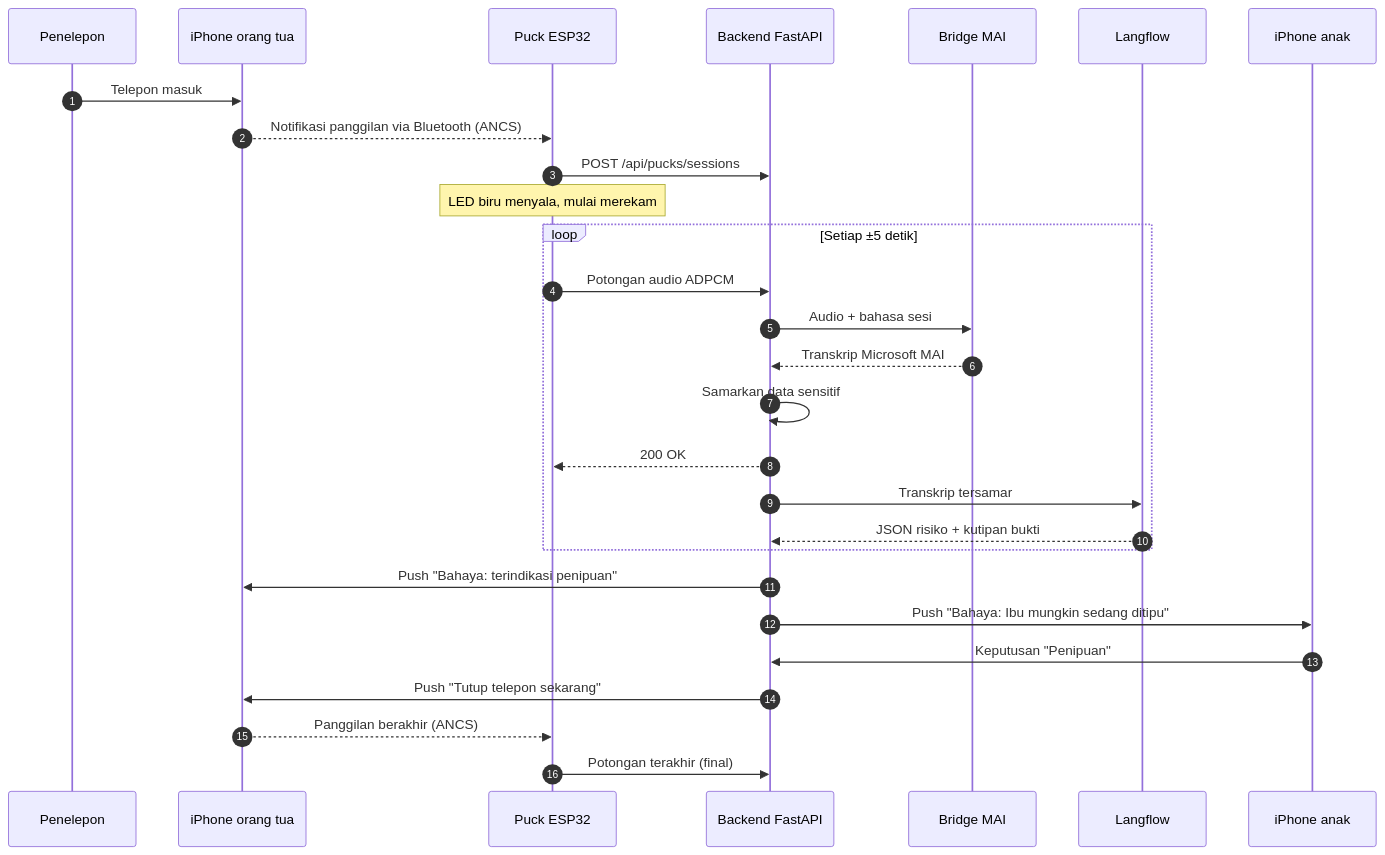
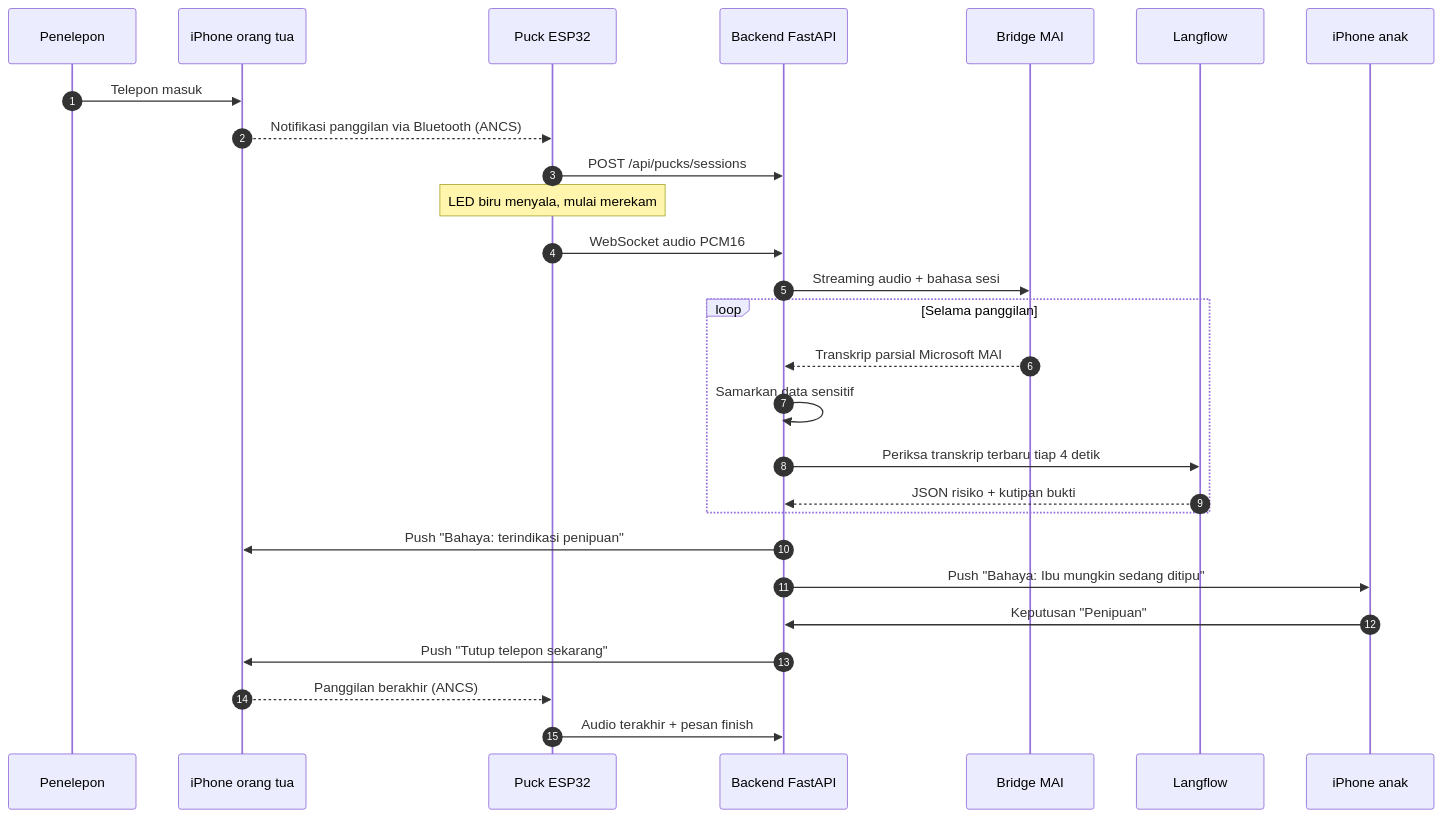
One commit to rambu-app/rambu changed the first of 4 diagrams in README.md. Above: the diagram before and after it, drawn with Mermaid. The commit also changed other lines of this file and 3 other files, not shown here.

Commit message:
feat: stream physical puck audio to MAI

````diff
--- a/README.md
+++ b/README.md
@@ -51,31 +51,30 @@
 ```mermaid
 sequenceDiagram
     autonumber
     participant P as Penelepon
     participant O as iPhone orang tua
     participant K as Puck ESP32
     participant B as Backend FastAPI
     participant T as Bridge MAI
     participant L as Langflow
     participant A as iPhone anak
 
     P->>O: Telepon masuk
     O-->>K: Notifikasi panggilan via Bluetooth (ANCS)
     K->>B: POST /api/pucks/sessions
     Note over K: LED biru menyala, mulai merekam
-    loop Setiap ±5 detik
-        K->>B: Potongan audio ADPCM
-        B->>T: Audio + bahasa sesi
-        T-->>B: Transkrip Microsoft MAI
+    K->>B: WebSocket audio PCM16
+    B->>T: Streaming audio + bahasa sesi
+    loop Selama panggilan
+        T-->>B: Transkrip parsial Microsoft MAI
         B->>B: Samarkan data sensitif
-        B-->>K: 200 OK
-        B->>L: Transkrip tersamar
+        B->>L: Periksa transkrip terbaru tiap 4 detik
         L-->>B: JSON risiko + kutipan bukti
     end
     B->>O: Push "Bahaya: terindikasi penipuan"
     B->>A: Push "Bahaya: Ibu mungkin sedang ditipu"
     A->>B: Keputusan "Penipuan"
     B->>O: Push "Tutup telepon sekarang"
     O-->>K: Panggilan berakhir (ANCS)
-    K->>B: Potongan terakhir (final)
+    K->>B: Audio terakhir + pesan finish
 ```
````
